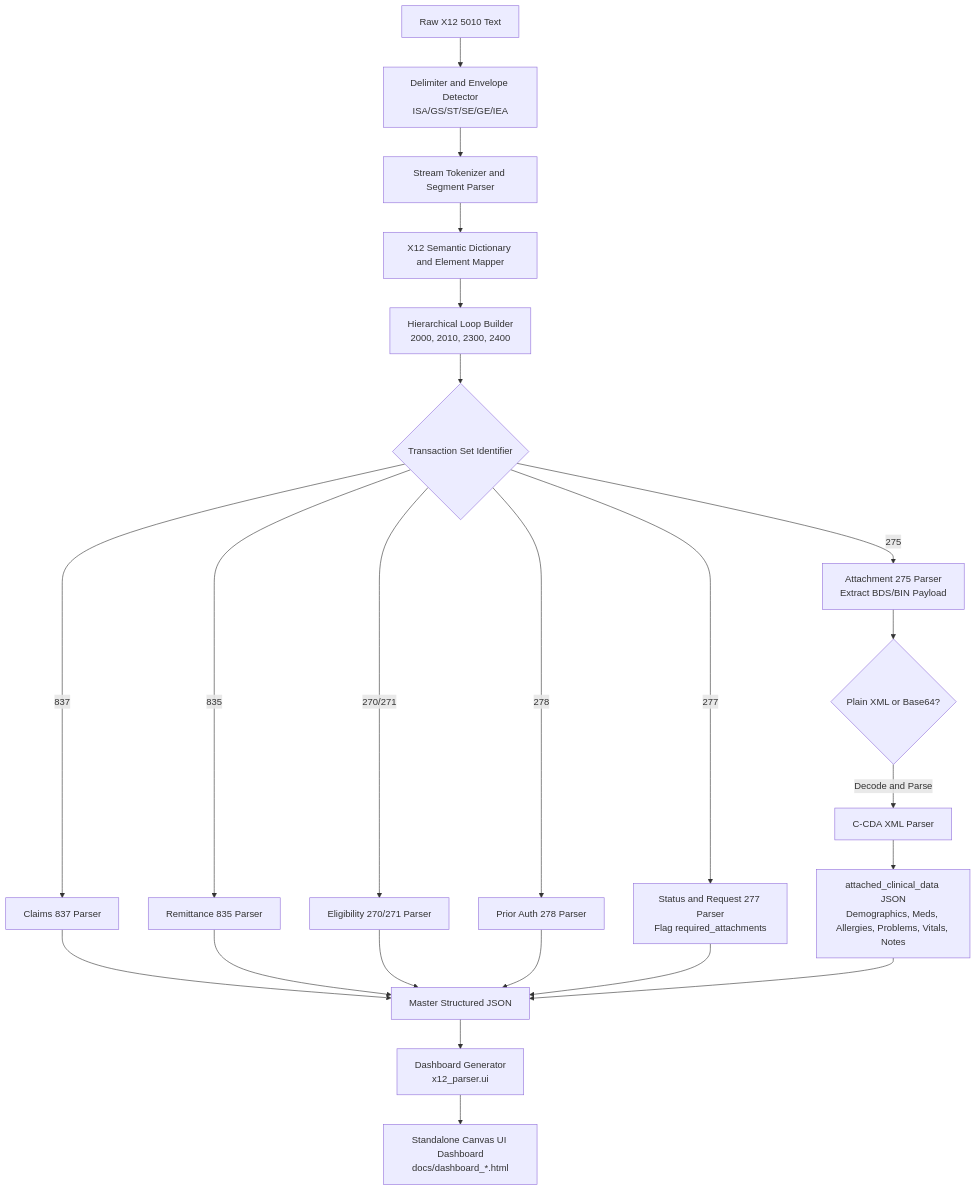
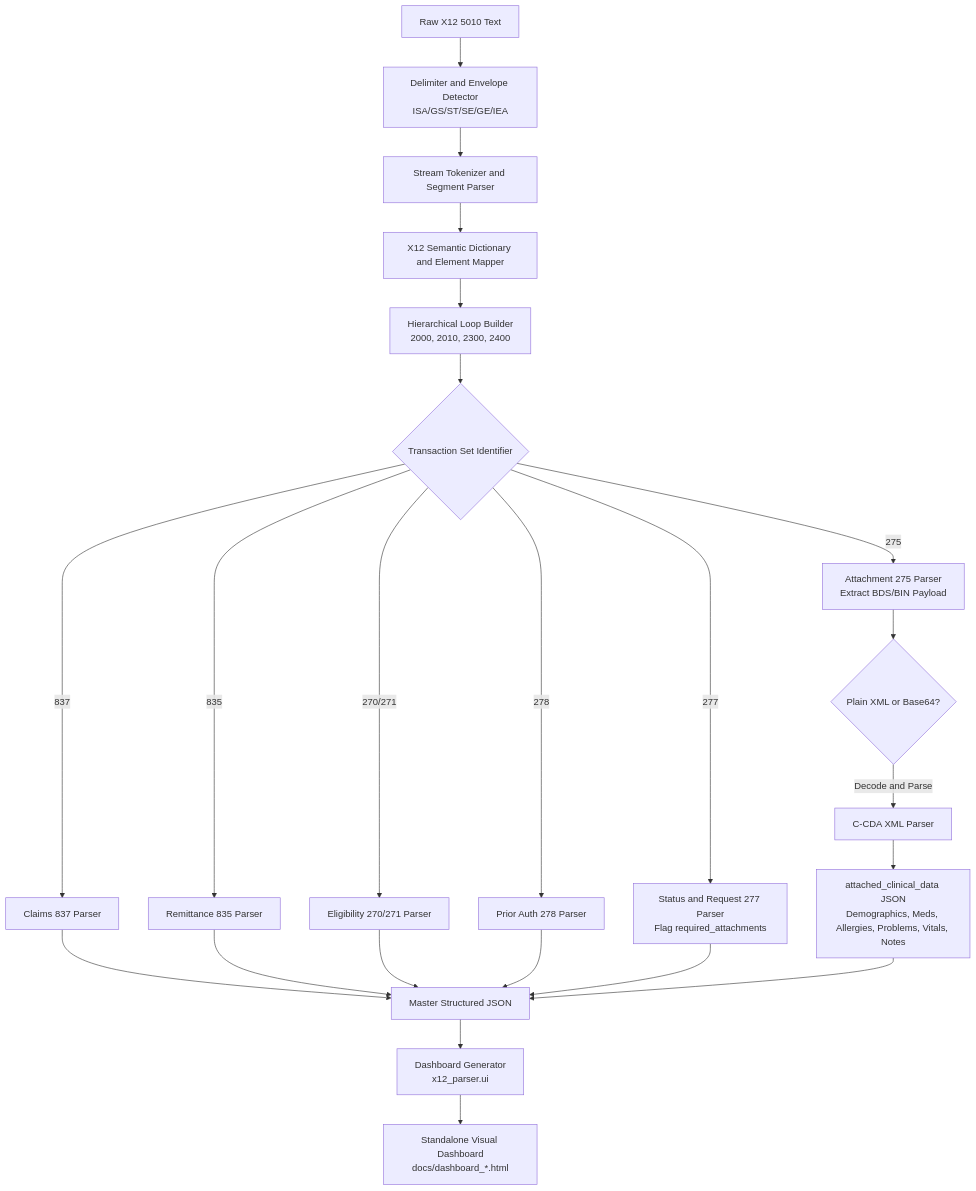
The diagram in README.md (terravic/x12-to-json-parser), drawn with Mermaid before and after one commit. The commit also changed other lines of this file and 18 other files, not shown here.

````diff
--- a/README.md
+++ b/README.md
@@ -83,29 +83,29 @@
 ```mermaid
 graph TD
     Raw[Raw X12 5010 Text] --> Delim[Delimiter and Envelope Detector<br>ISA/GS/ST/SE/GE/IEA]
     Delim --> Tok[Stream Tokenizer and Segment Parser]
     Tok --> Dict[X12 Semantic Dictionary and Element Mapper]
     Dict --> Loop[Hierarchical Loop Builder<br>2000, 2010, 2300, 2400]
     
     Loop --> Route{Transaction Set Identifier}
     Route -->|837| P837[Claims 837 Parser]
     Route -->|835| P835[Remittance 835 Parser]
     Route -->|270/271| P270[Eligibility 270/271 Parser]
     Route -->|278| P278[Prior Auth 278 Parser]
     Route -->|277| P277[Status and Request 277 Parser<br>Flag required_attachments]
     Route -->|275| P275[Attachment 275 Parser<br>Extract BDS/BIN Payload]
     
     P275 --> XMLDetect{Plain XML or Base64?}
     XMLDetect -->|Decode and Parse| CCDA[C-CDA XML Parser]
     CCDA --> ClinJSON[attached_clinical_data JSON<br>Demographics, Meds, Allergies, Problems, Vitals, Notes]
     
     P837 --> Output[Master Structured JSON]
     P835 --> Output
     P270 --> Output
     P278 --> Output
     P277 --> Output
     ClinJSON --> Output
     
     Output --> DashGen[Dashboard Generator<br>x12_parser.ui]
-    DashGen --> HTMLDash[Standalone Canvas UI Dashboard<br>docs/dashboard_*.html]
+    DashGen --> HTMLDash[Standalone Visual Dashboard<br>docs/dashboard_*.html]
 ```
````
